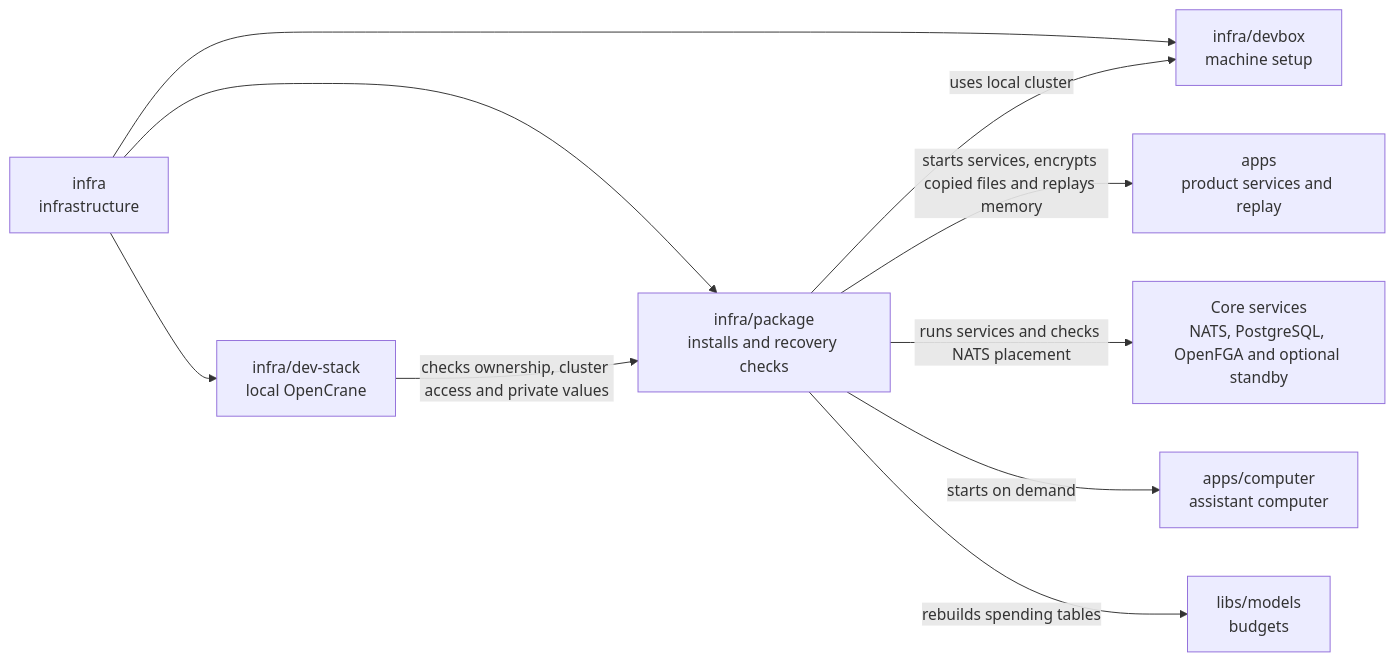
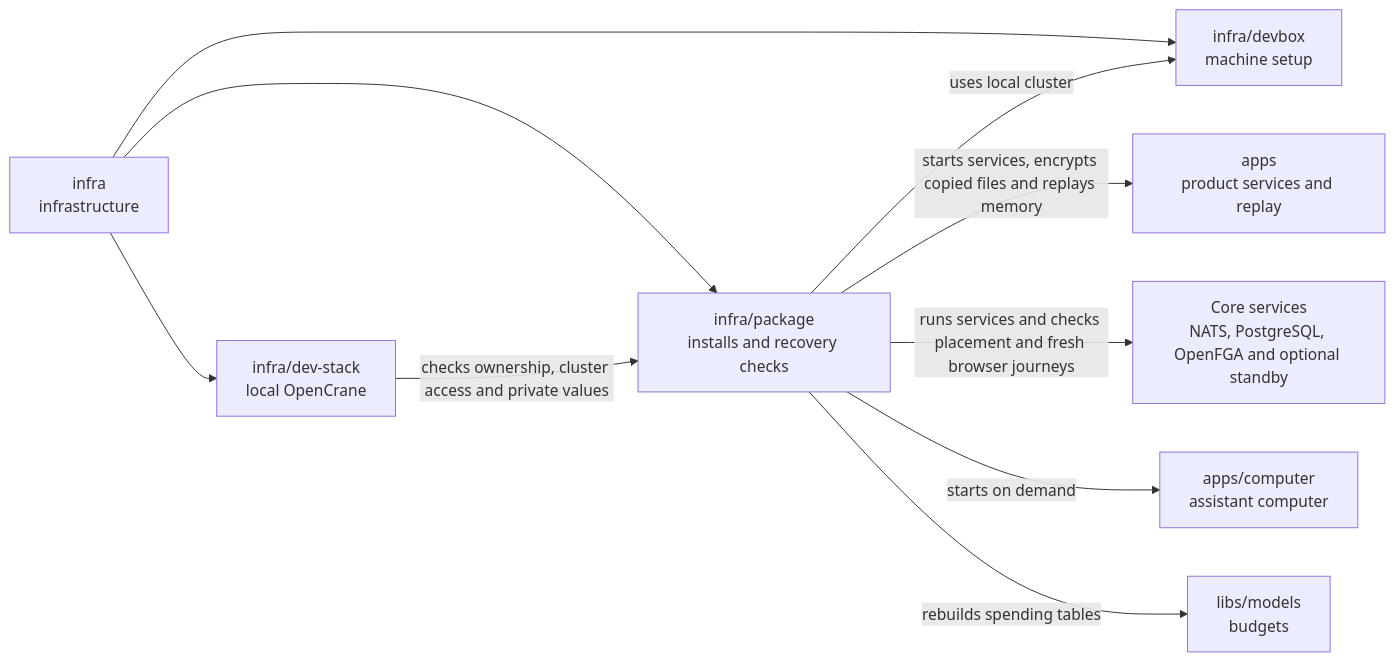
One commit to elewa-git/opencrane-new changed the diagram in infra/package/README.md. Above: the diagram before and after it, drawn with Mermaid. The commit also changed other lines of this file and 12 other files, not shown here.

Commit message:
🔗 Bind packaged browser journeys to two fresh installs

````diff
--- a/infra/package/README.md
+++ b/infra/package/README.md
@@ -19,12 +19,12 @@
 ```mermaid
 flowchart LR
   infra["infra<br/>infrastructure"] --> package["infra/package<br/>installs and recovery checks"]
   infra --> stack["infra/dev-stack<br/>local OpenCrane"]
   infra --> devbox["infra/devbox<br/>machine setup"]
   stack -->|checks ownership, cluster access and private values| package
   package -->|uses local cluster| devbox
   package -->|starts services, encrypts copied files and replays memory| apps["apps<br/>product services and replay"]
-  package -->|runs services and checks NATS placement| services["Core services<br/>NATS, PostgreSQL, OpenFGA and optional standby"]
+  package -->|runs services and checks placement and fresh browser journeys| services["Core services<br/>NATS, PostgreSQL, OpenFGA and optional standby"]
   package -->|starts on demand| computer["apps/computer<br/>assistant computer"]
   package -->|rebuilds spending tables| models["libs/models<br/>budgets"]
 ```
````
